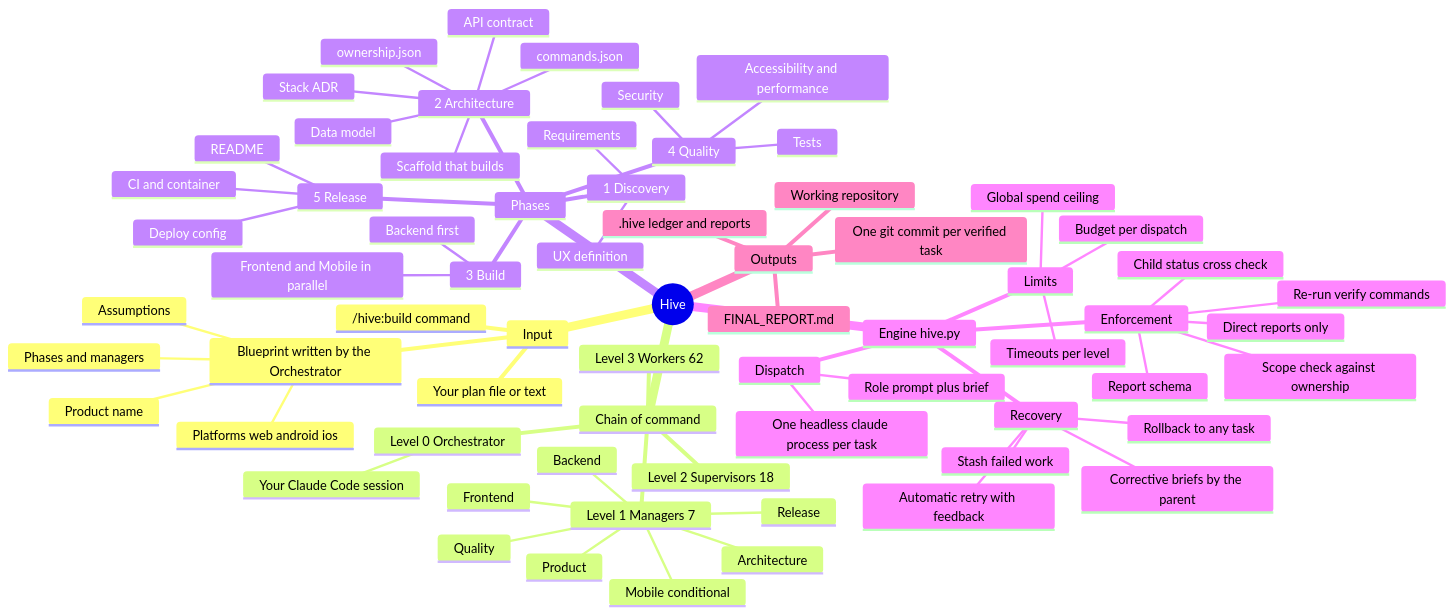
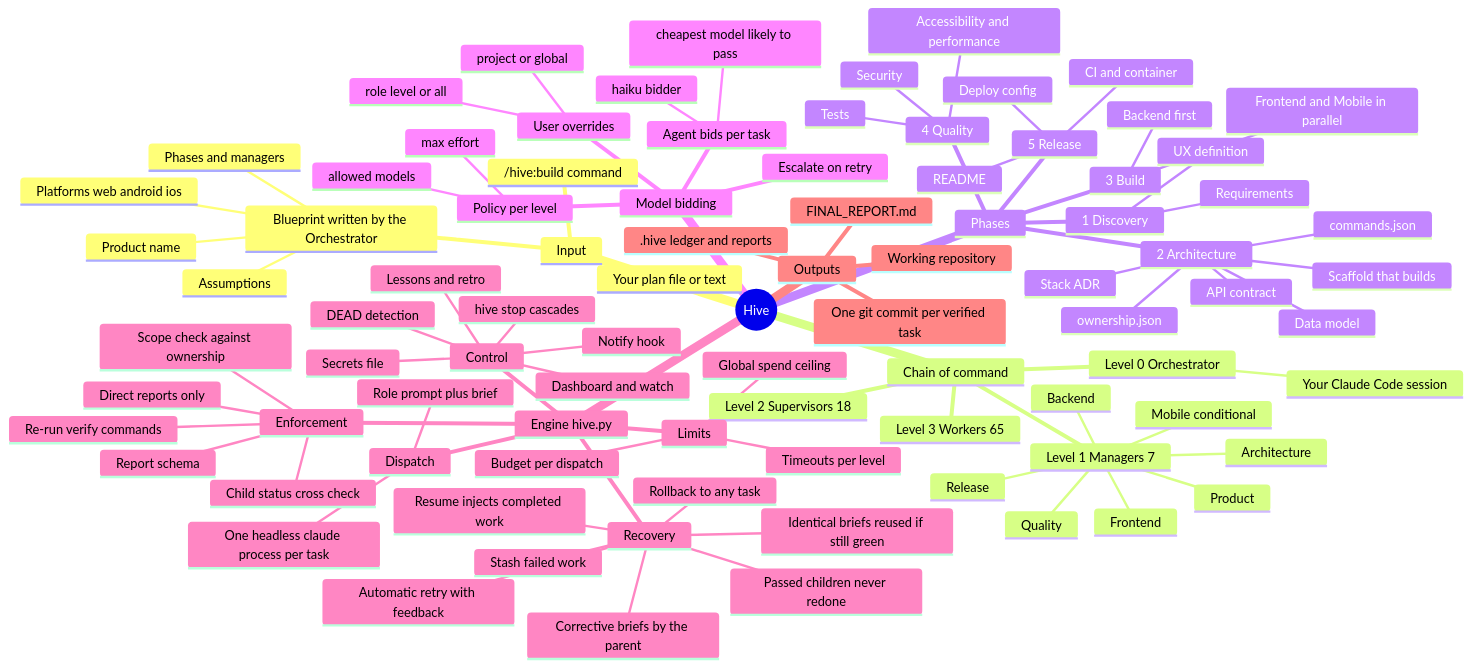
One commit to Waleed178-del/lets-do-it changed the diagram in docs/system/01-mind-map.md. Above: the diagram before and after it, drawn with Mermaid. The commit also changed other lines of this file and 14 other files, not shown here.

First line of the commit message:
Enforce delegation in the engine, add @commands verify, diagrams for 2.0

```diff
--- a/docs/system/01-mind-map.md
+++ b/docs/system/01-mind-map.md
@@ -23,7 +23,7 @@
         Quality
         Release
       Level 2 Supervisors 18
-      Level 3 Workers 62
+      Level 3 Workers 65
     Phases
       1 Discovery
         Requirements
@@ -46,6 +46,17 @@
         CI and container
         Deploy config
         README
+    Model bidding
+      Agent bids per task
+        haiku bidder
+        cheapest model likely to pass
+      Policy per level
+        allowed models
+        max effort
+      User overrides
+        role level or all
+        project or global
+      Escalate on retry
     Engine hive.py
       Dispatch
         One headless claude process per task
@@ -58,6 +69,9 @@
         Child status cross check
       Recovery
         Automatic retry with feedback
+        Passed children never redone
+        Resume injects completed work
+        Identical briefs reused if still green
         Corrective briefs by the parent
         Stash failed work
         Rollback to any task
@@ -65,6 +79,13 @@
         Budget per dispatch
         Global spend ceiling
         Timeouts per level
+      Control
+        hive stop cascades
+        DEAD detection
+        Dashboard and watch
+        Notify hook
+        Secrets file
+        Lessons and retro
     Outputs
       Working repository
       One git commit per verified task
```
